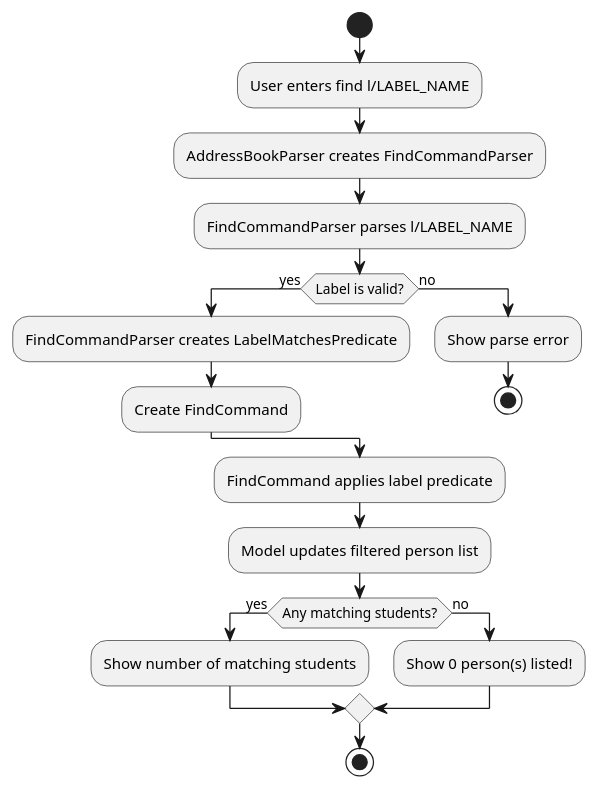
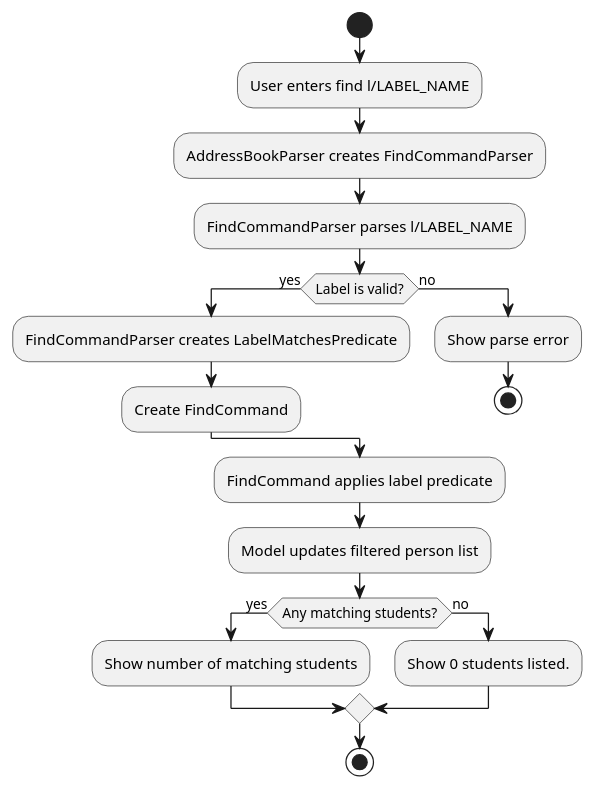
The diagram in diagrams/LabelFindActivityDiagram.puml (AY2627S1-CS2103T-F12-1/tp), drawn with PlantUML before and after one commit. The commit also changed 32 other files, not shown here.

```diff
--- a/diagrams/LabelFindActivityDiagram.puml
+++ b/diagrams/LabelFindActivityDiagram.puml
@@ -1,26 +1,26 @@
 @startuml
 start
 
 :User enters find l/LABEL_NAME;
 :AddressBookParser creates FindCommandParser;
 :FindCommandParser parses l/LABEL_NAME;
 
 if (Label is valid?) then (yes)
     :FindCommandParser creates LabelMatchesPredicate;
     :Create FindCommand;
 else (no)
     :Show parse error;
     stop
 endif
 
 :FindCommand applies label predicate;
 :Model updates filtered person list;
 
 if (Any matching students?) then (yes)
     :Show number of matching students;
 else (no)
-    :Show 0 person(s) listed!;
+    :Show 0 students listed.;
 endif
 
 stop
 @enduml
```
